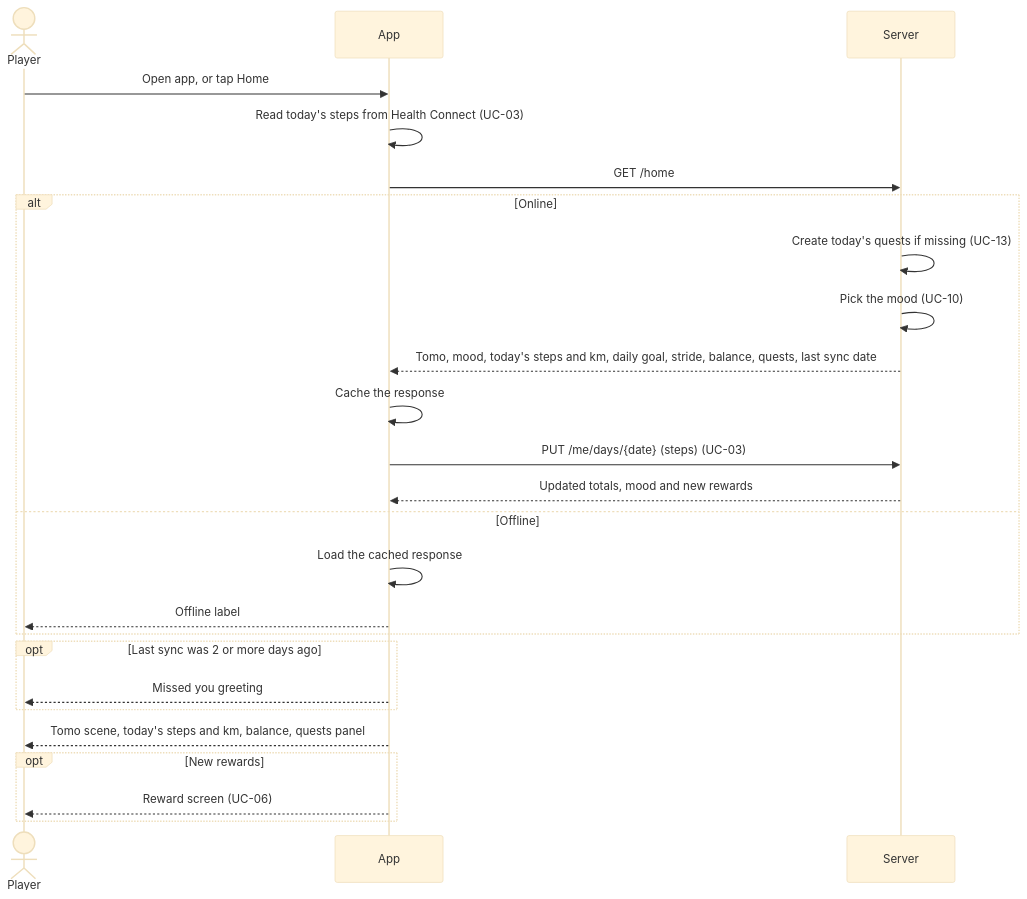
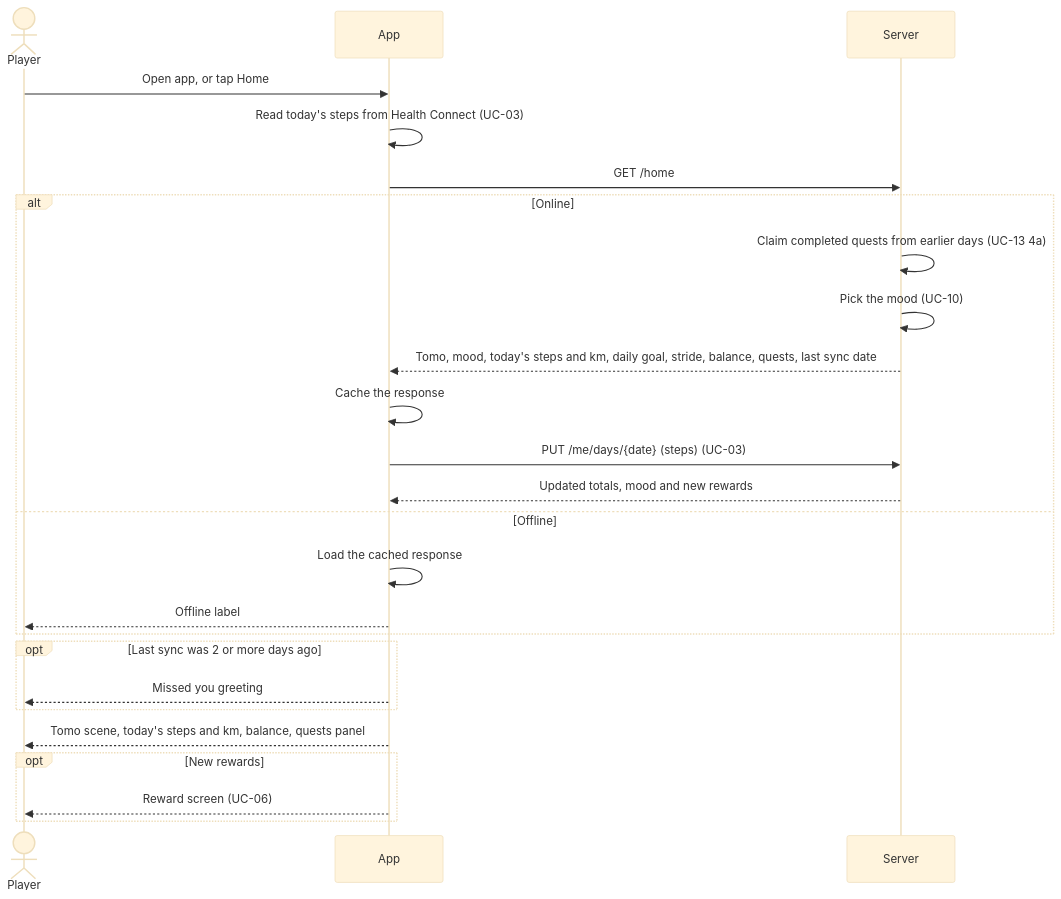
The diagram in docs/usecases/UC-08-view-home-screen.md (zhangs-tech/runtomo), drawn with Mermaid (base theme) before and after one commit. The commit also changed 13 other files, not shown here.

Commit message:
docs: move static game data out of ERD and drop achievements from MVP

````diff
--- a/docs/usecases/UC-08-view-home-screen.md
+++ b/docs/usecases/UC-08-view-home-screen.md
@@ -62,28 +62,28 @@
 ```mermaid
 sequenceDiagram
     actor P as Player
     participant A as App
     participant S as Server
 
     P->>A: Open app, or tap Home
     A->>A: Read today's steps from Health Connect (UC-03)
     A->>S: GET /home
     alt Online
-        S->>S: Create today's quests if missing (UC-13)
+        S->>S: Claim completed quests from earlier days (UC-13 4a)
         S->>S: Pick the mood (UC-10)
         S-->>A: Tomo, mood, today's steps and km, daily goal, stride, balance, quests, last sync date
         A->>A: Cache the response
         A->>S: PUT /me/days/{date} (steps) (UC-03)
         S-->>A: Updated totals, mood and new rewards
     else Offline
         A->>A: Load the cached response
         A-->>P: Offline label
     end
     opt Last sync was 2 or more days ago
         A-->>P: Missed you greeting
     end
     A-->>P: Tomo scene, today's steps and km, balance, quests panel
     opt New rewards
         A-->>P: Reward screen (UC-06)
     end
 ```
````
